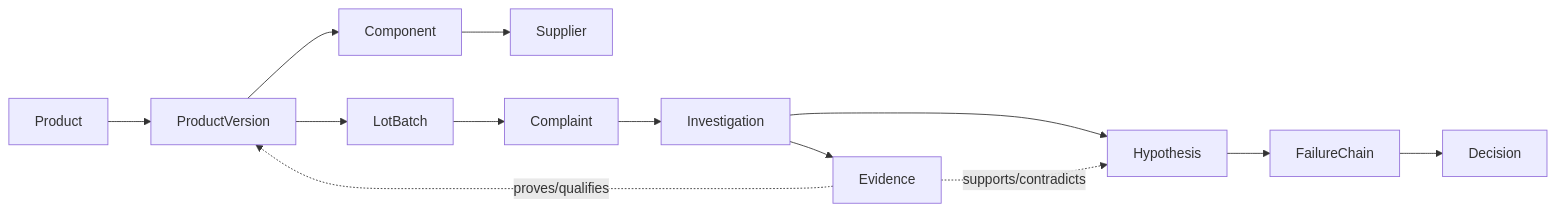
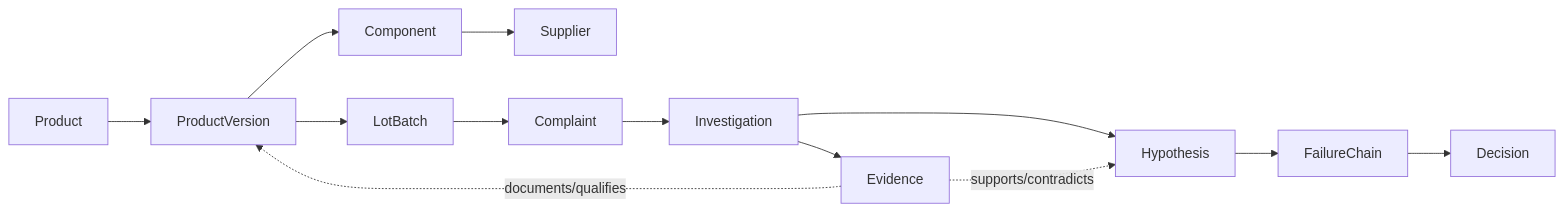
One commit to stelikicherla-stack/MDARIX-R1 changed the diagram in docs/diagrams/03-reality-graph.mmd. Above: the diagram before and after it, drawn with Mermaid. The commit also changed 66 other files, not shown here.

```diff
--- a/docs/diagrams/03-reality-graph.mmd
+++ b/docs/diagrams/03-reality-graph.mmd
@@ -1,13 +1,13 @@
 flowchart LR
   Product --> ProductVersion
   ProductVersion --> Component
   Component --> Supplier
   ProductVersion --> LotBatch
   LotBatch --> Complaint
   Complaint --> Investigation
   Investigation --> Evidence
   Investigation --> Hypothesis
   Hypothesis --> FailureChain
   FailureChain --> Decision
   Evidence -. supports/contradicts .-> Hypothesis
-  Evidence -. proves/qualifies .-> ProductVersion
+  Evidence -. documents/qualifies .-> ProductVersion
```
